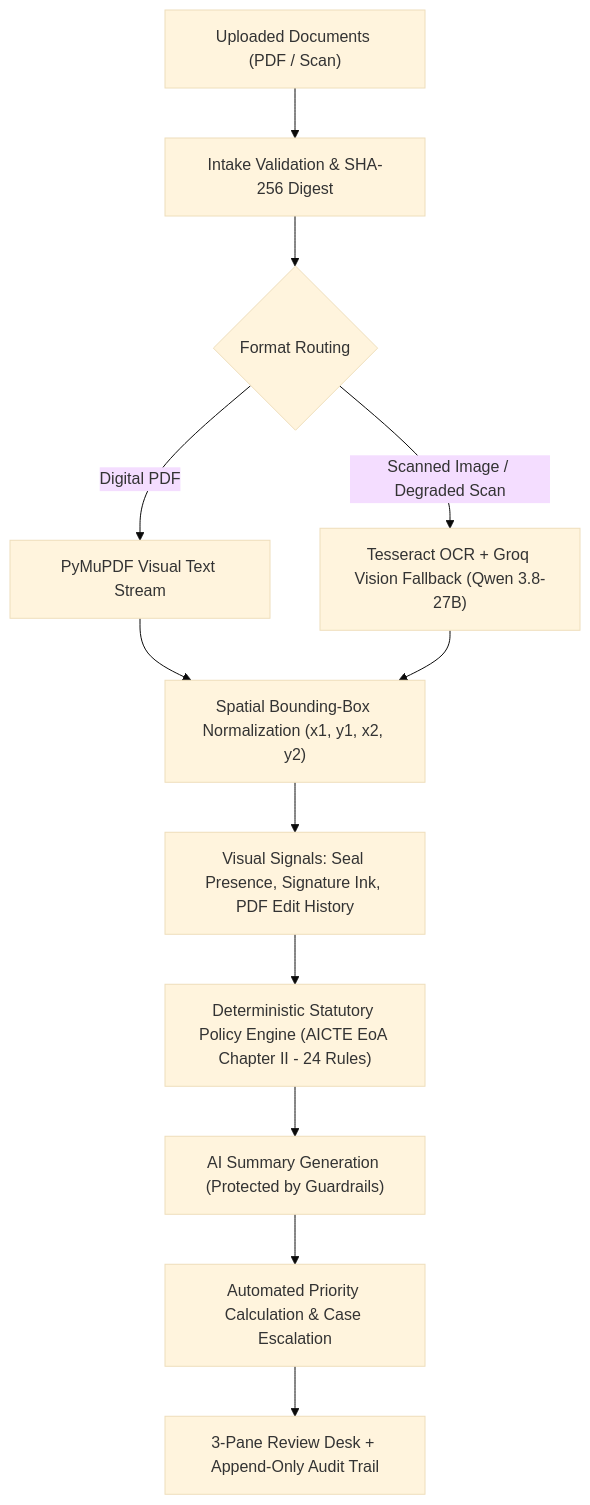
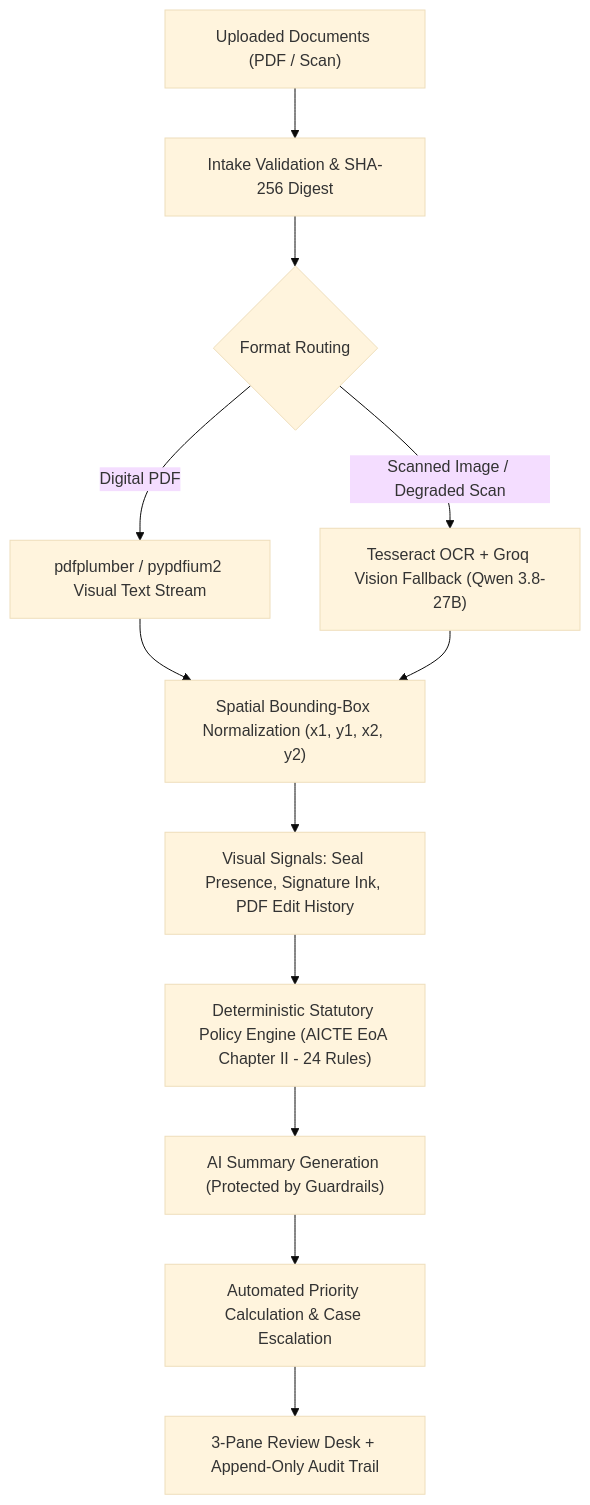
Before and after one commit to suryakrishna17/Veriscope: the diagram in README.md, drawn with Mermaid (base theme). The commit also changed other lines of this file and 19 other files, not shown here.

````diff
--- a/README.md
+++ b/README.md
@@ -105,14 +105,14 @@
 ```mermaid
 flowchart TD
     A["Uploaded Documents (PDF / Scan)"] --> B["Intake Validation & SHA-256 Digest"]
     B --> C{"Format Routing"}
-    C -->|"Digital PDF"| D["PyMuPDF Visual Text Stream"]
+    C -->|"Digital PDF"| D["pdfplumber / pypdfium2 Visual Text Stream"]
     C -->|"Scanned Image / Degraded Scan"| E["Tesseract OCR + Groq Vision Fallback (Qwen 3.8-27B)"]
     D --> F["Spatial Bounding-Box Normalization (x1, y1, x2, y2)"]
     E --> F
     F --> G["Visual Signals: Seal Presence, Signature Ink, PDF Edit History"]
     G --> H["Deterministic Statutory Policy Engine (AICTE EoA Chapter II - 24 Rules)"]
     H --> I["AI Summary Generation (Protected by Guardrails)"]
     I --> J["Automated Priority Calculation & Case Escalation"]
     J --> K["3-Pane Review Desk + Append-Only Audit Trail"]
 ```
````
